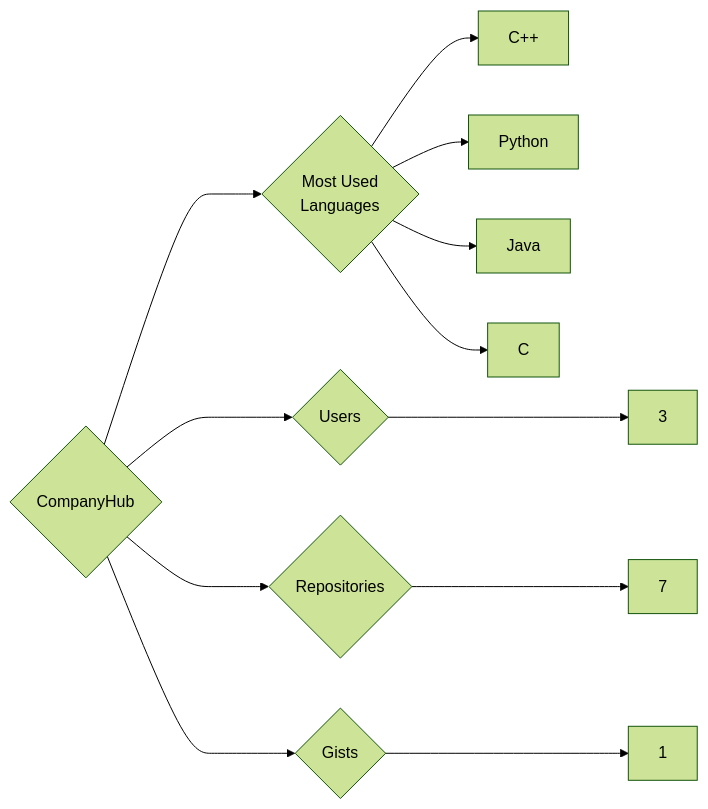
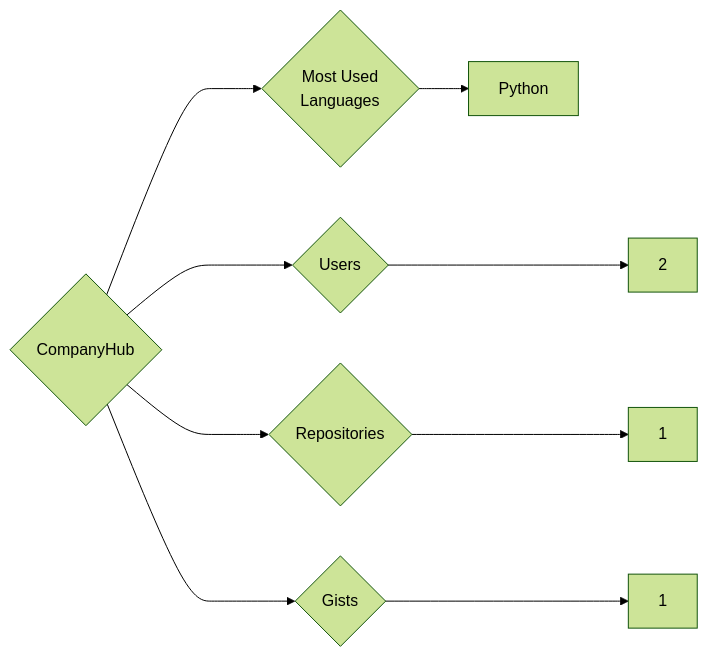
One commit to trickest/insiders changed the diagram in targets/CompanyHub/README.md. Above: the diagram before and after it, drawn with Mermaid (forest theme). The commit also changed 859 other files, not shown here.

````diff
--- a/targets/CompanyHub/README.md
+++ b/targets/CompanyHub/README.md
@@ -3,12 +3,9 @@
 ```mermaid
 graph LR
 COMPANY_NAME{CompanyHub}
-COMPANY_NAME ---> U{Users} ---> UN[3]
-COMPANY_NAME ---> R{Repositories} ---> RN[7]
+COMPANY_NAME ---> U{Users} ---> UN[2]
+COMPANY_NAME ---> R{Repositories} ---> RN[1]
 COMPANY_NAME ---> G{Gists} ---> GN[1]
 COMPANY_NAME ---> ML{Most Used<br>Languages}
-ML --> C++[C++]
 ML --> Python[Python]
-ML --> Java[Java]
-ML --> C[C]
 ```
````
